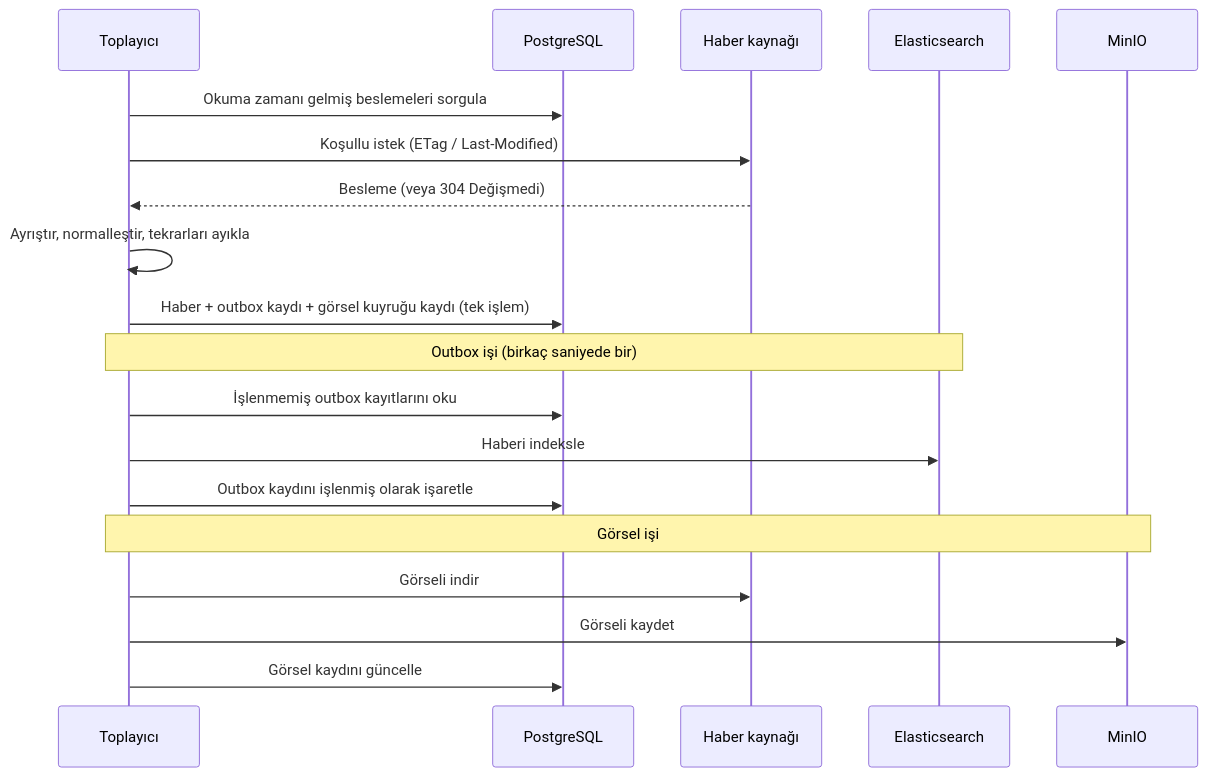
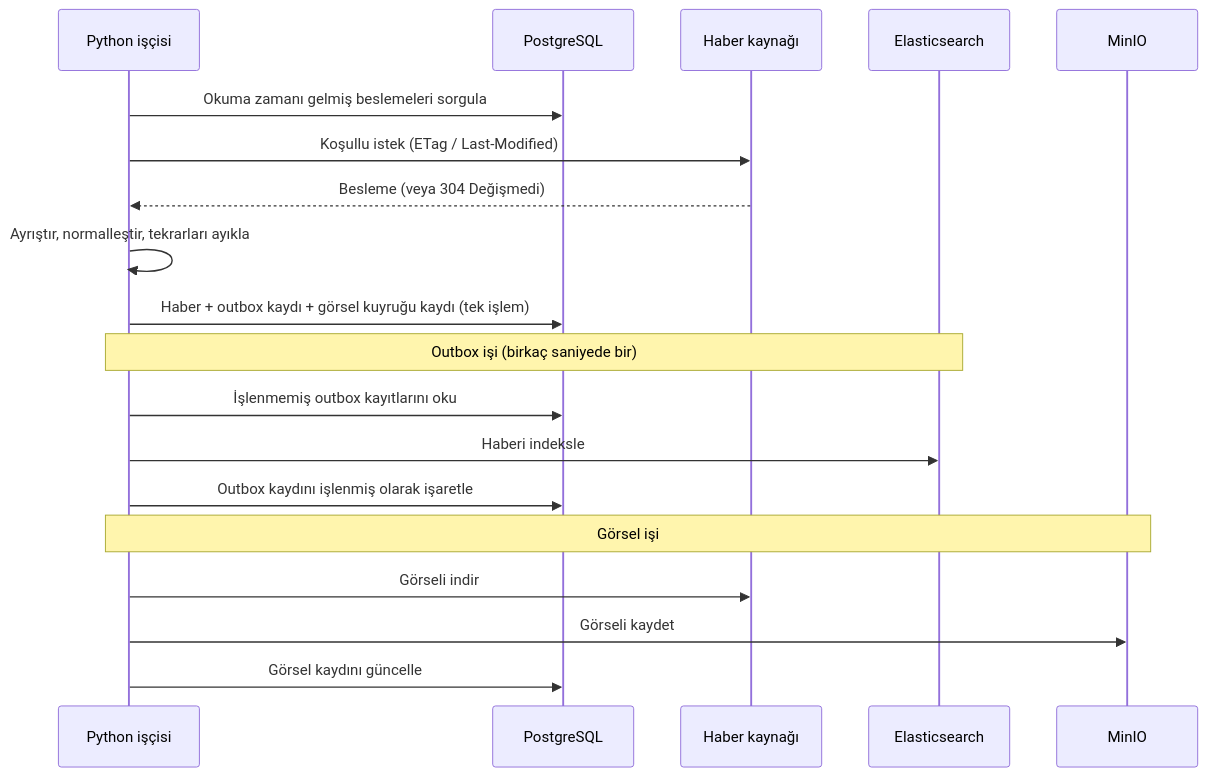
Before and after one commit to FallErdem/haber-arama-platformu: the fourth of 8 diagrams in docs/04-mimari.md, drawn with Mermaid. The commit also changed other lines of this file and 8 other files, not shown here.

````diff
--- a/docs/04-mimari.md
+++ b/docs/04-mimari.md
@@ -136,22 +139,22 @@
 ```mermaid
 sequenceDiagram
-    participant T as Toplayıcı
+    participant T as Python işçisi
     participant PG as PostgreSQL
     participant K as Haber kaynağı
     participant ES as Elasticsearch
     participant M as MinIO
 
     T->>PG: Okuma zamanı gelmiş beslemeleri sorgula
     T->>K: Koşullu istek (ETag / Last-Modified)
     K-->>T: Besleme (veya 304 Değişmedi)
     T->>T: Ayrıştır, normalleştir, tekrarları ayıkla
     T->>PG: Haber + outbox kaydı + görsel kuyruğu kaydı (tek işlem)
     Note over T,ES: Outbox işi (birkaç saniyede bir)
     T->>PG: İşlenmemiş outbox kayıtlarını oku
     T->>ES: Haberi indeksle
     T->>PG: Outbox kaydını işlenmiş olarak işaretle
     Note over T,M: Görsel işi
     T->>K: Görseli indir
     T->>M: Görseli kaydet
     T->>PG: Görsel kaydını güncelle
 ```
````
